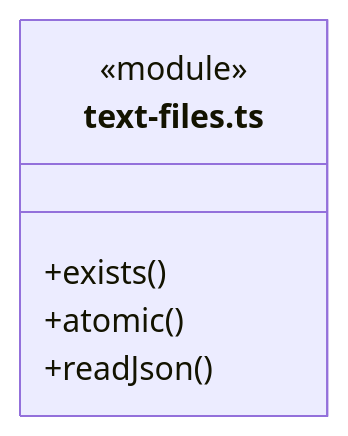
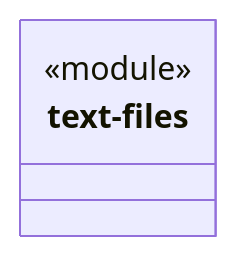
The diagram in src/core/platform/node/files/ARCHITECTURE.md (nan023062/cbim), drawn with Mermaid before and after one commit. The commit also changed other lines of this file and 158 other files, not shown here.

Commit message:
docs: model architecture through nested virtual encapsulations

````diff
--- a/src/core/platform/node/files/ARCHITECTURE.md
+++ b/src/core/platform/node/files/ARCHITECTURE.md
@@ -74,9 +19,7 @@
 ```mermaid
 classDiagram
-class N_src_core_platform_node_files_text_files_ts["text-files.ts"] {
+class N_a3a5792d463f["text-files"] {
   <<module>>
-  +exists()
-  +atomic()
-  +readJson()
 }
+click N_a3a5792d463f href "text-files.ts"
 ```
````
